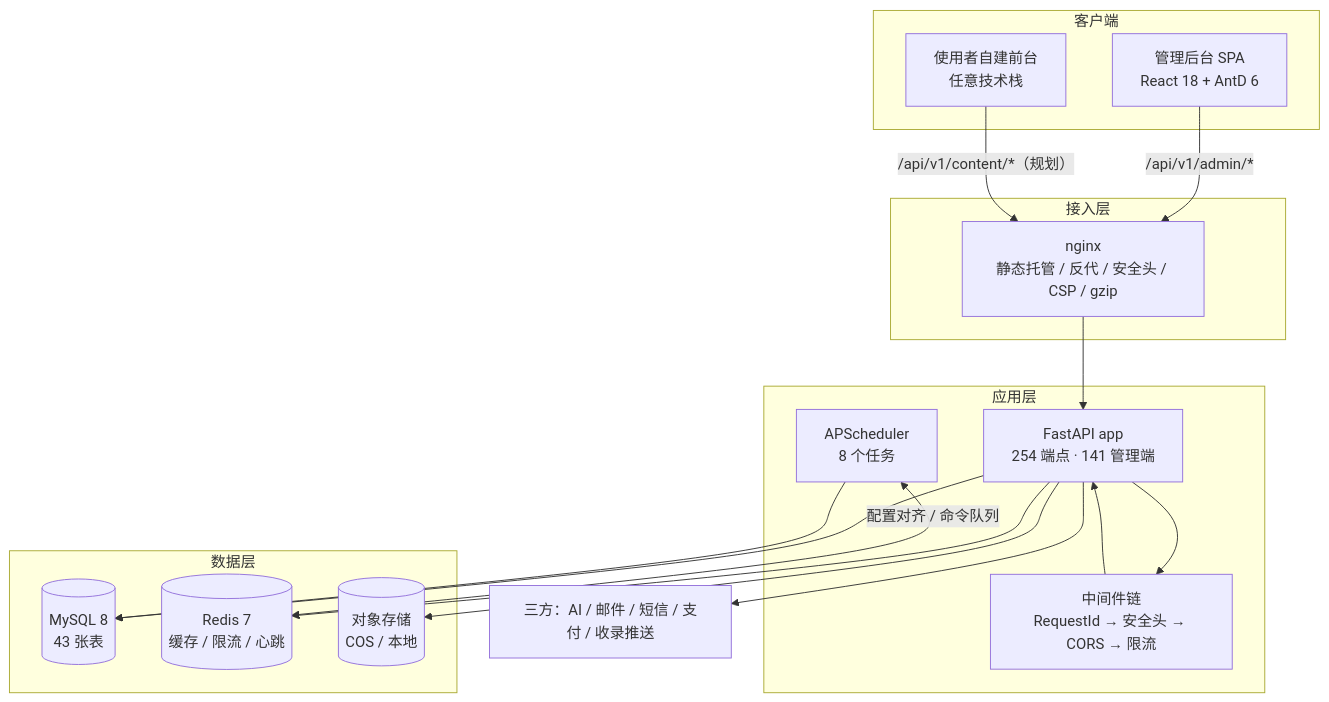
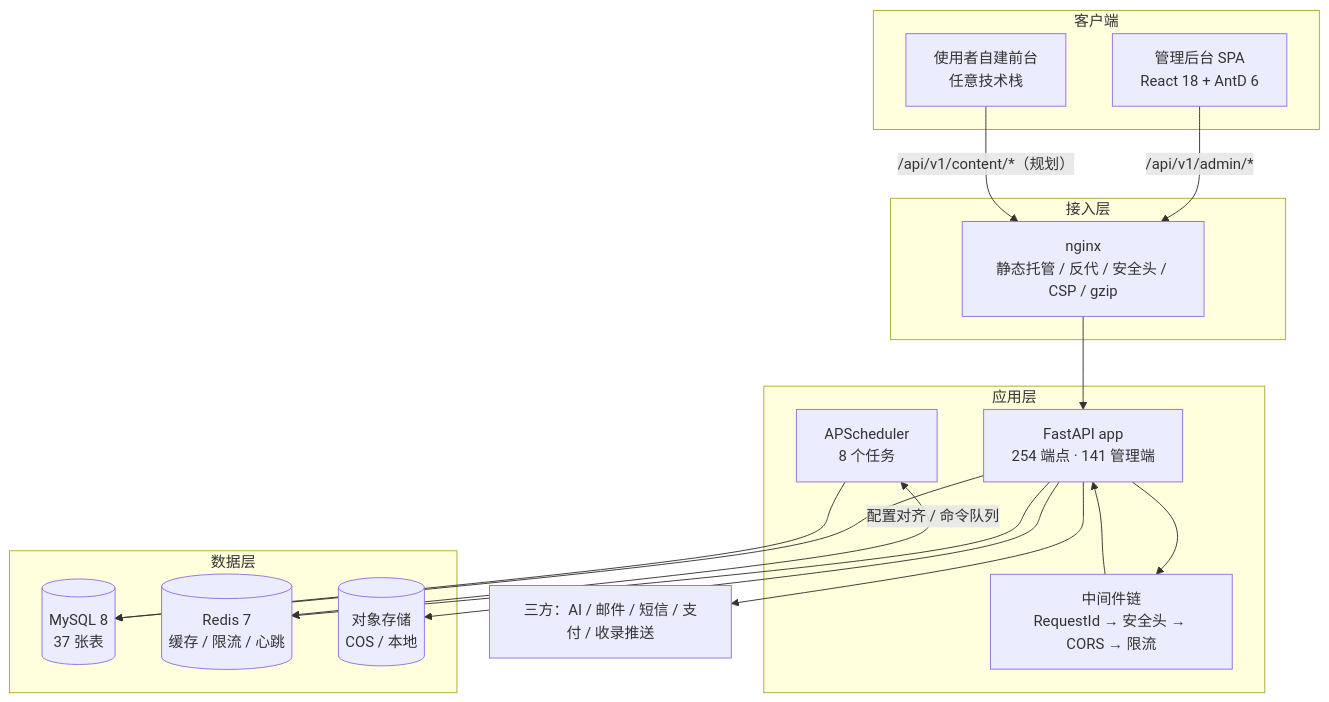
One commit to 15077171396/open-cat changed the first of 6 diagrams in docs/07-开源文档/04-架构文档.md. Above: the diagram before and after it, drawn with Mermaid. The commit also changed other lines of this file and 7 other files, not shown here.

````diff
--- a/docs/07-开源文档/04-架构文档.md
+++ b/docs/07-开源文档/04-架构文档.md
@@ -12,35 +12,35 @@
 ```mermaid
 graph TB
   subgraph 客户端
     A[管理后台 SPA<br/>React 18 + AntD 6]
     B[使用者自建前台<br/>任意技术栈]
   end
 
   subgraph 接入层
     N[nginx<br/>静态托管 / 反代 / 安全头 / CSP / gzip]
   end
 
   subgraph 应用层
     API[FastAPI app<br/>254 端点 · 141 管理端]
     MW[中间件链<br/>RequestId → 安全头 → CORS → 限流]
     SCH[APScheduler<br/>8 个任务]
   end
 
   subgraph 数据层
-    DB[(MySQL 8<br/>43 张表)]
+    DB[(MySQL 8<br/>37 张表)]
     RD[(Redis 7<br/>缓存 / 限流 / 心跳)]
     OS[(对象存储<br/>COS / 本地)]
   end
 
   EXT[三方：AI / 邮件 / 短信 / 支付 / 收录推送]
 
   A -->|/api/v1/admin/*| N --> API
   B -->|/api/v1/content/*（规划）| N
   API --> MW --> API
   API --> DB
   API --> RD
   API --> OS
   API --> EXT
   SCH --> DB
   SCH <-->|配置对齐 / 命令队列| RD
 ```
````
